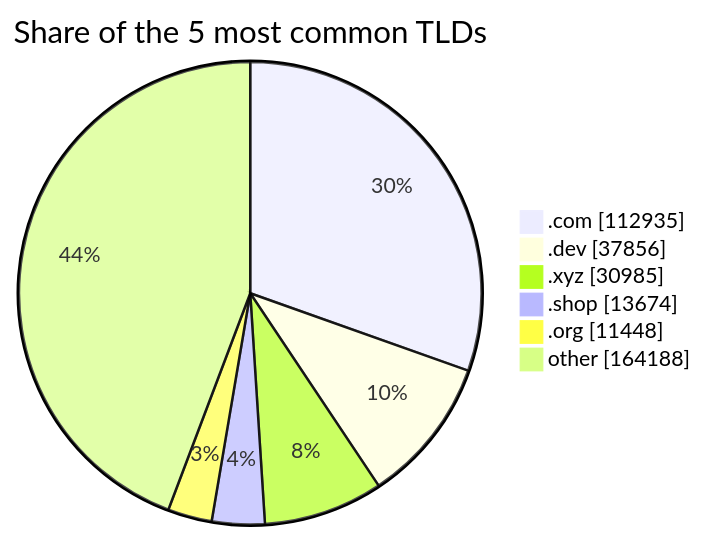
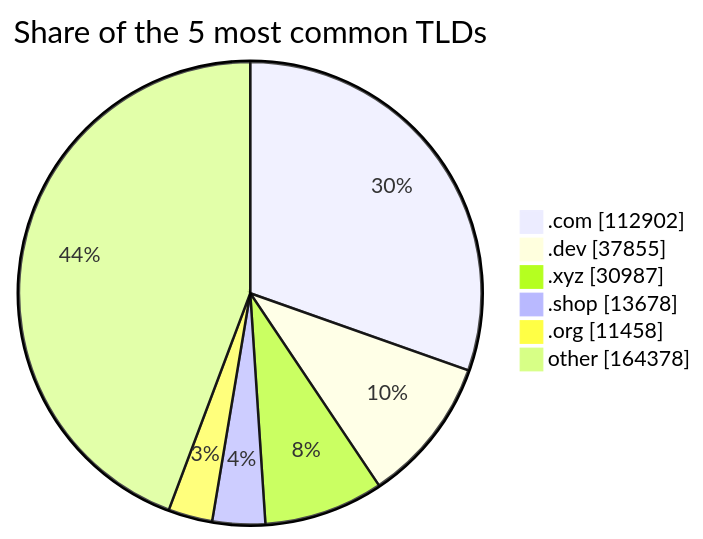
Before and after one commit to DNSBunker/CTI: the third of 3 diagrams in README.md, drawn with Mermaid. The commit also changed other lines of this file and 3 other files, not shown here.

````diff
--- a/README.md
+++ b/README.md
@@ -81,9 +81,9 @@
 ```mermaid
 pie showData title Share of the 5 most common TLDs
-    ".com" : 112935
-    ".dev" : 37856
-    ".xyz" : 30985
-    ".shop" : 13674
-    ".org" : 11448
-    "other" : 164188
+    ".com" : 112902
+    ".dev" : 37855
+    ".xyz" : 30987
+    ".shop" : 13678
+    ".org" : 11458
+    "other" : 164378
 ```
````
